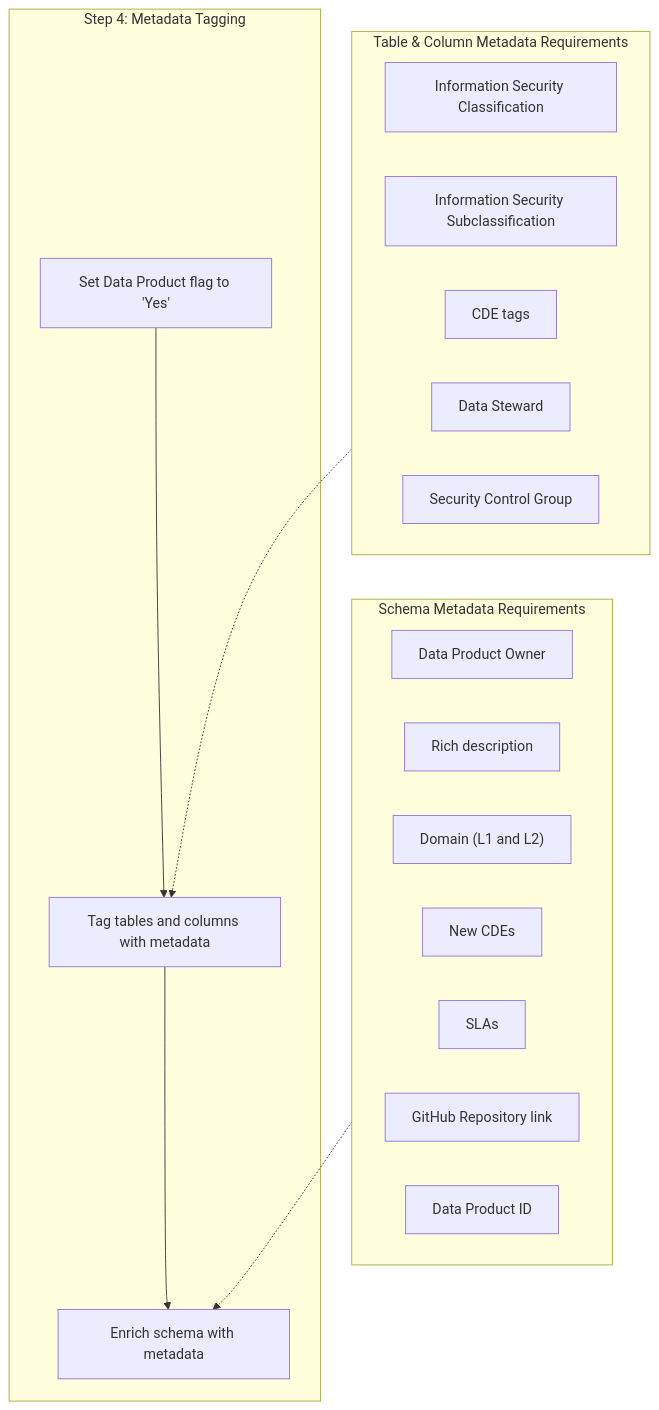
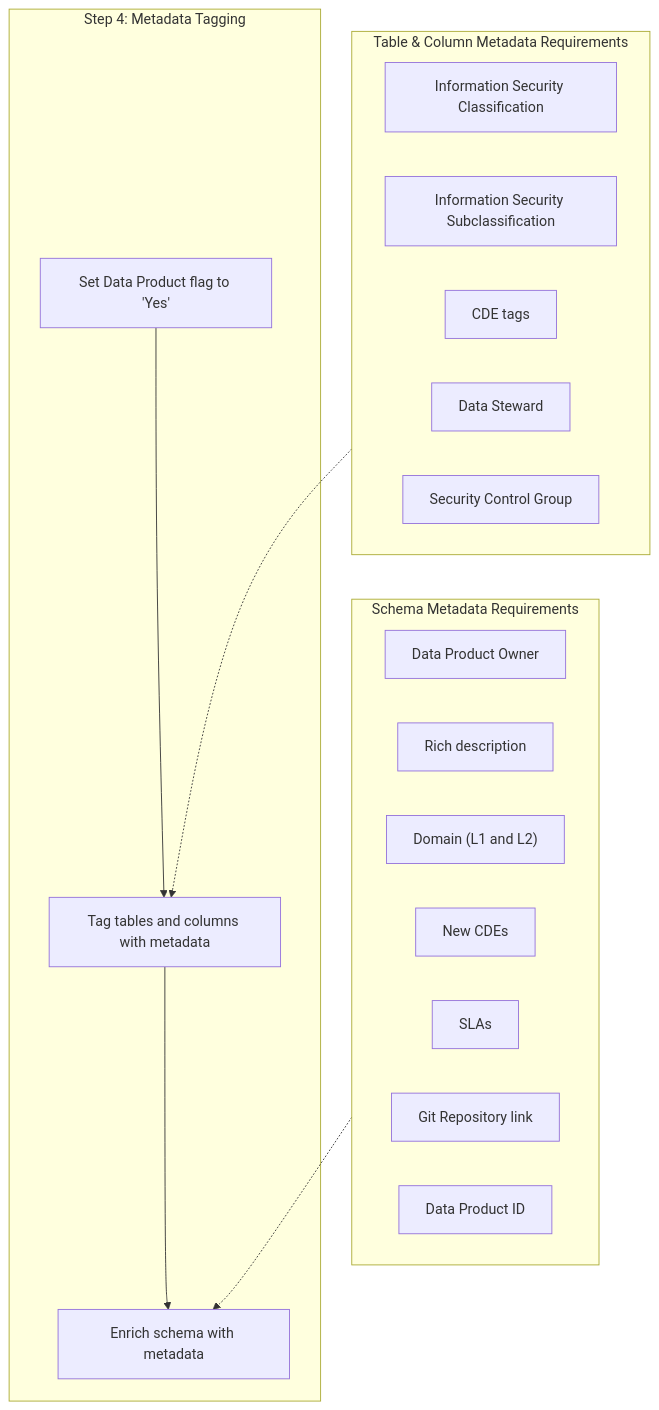
The fourth of 4 diagrams in src/metamodel_core/README.md (humanrightsconnected/metamodel), drawn with Mermaid before and after one commit. The commit also changed other lines of this file, not shown here.

````diff
--- a/src/metamodel_core/README.md
+++ b/src/metamodel_core/README.md
@@ -291,27 +293,27 @@
 ```mermaid
 flowchart TD
     subgraph E["Step 4: Metadata Tagging"]
         E1[Set Data Product flag to 'Yes'] --> E2[Tag tables and columns with metadata]
         E2 --> E3[Enrich schema with metadata]
     end
     
     subgraph F["Table & Column Metadata Requirements"]
         F1[Information Security Classification]
         F2[Information Security Subclassification]
         F3[CDE tags]
         F4[Data Steward]
         F5[Security Control Group]
     end
     
     subgraph G["Schema Metadata Requirements"]
         G1[Data Product Owner]
         G2[Rich description]
         G3["Domain (L1 and L2)"]
         G4[New CDEs]
         G5[SLAs]
-        G6[GitHub Repository link]
+        G6[Git Repository link]
         G7[Data Product ID]
     end
     F -.-> E2
     G -.-> E3
 ```
````
